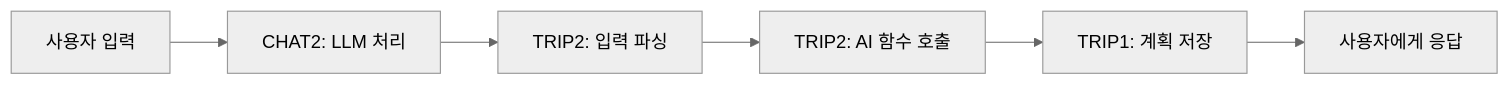
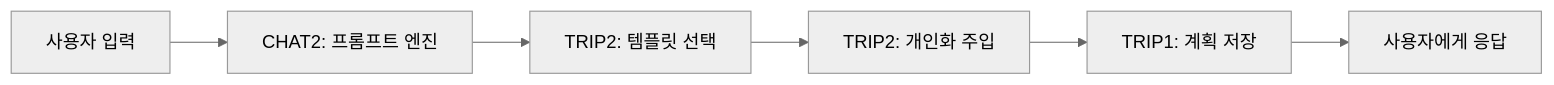
The diagram in docs/TEAM_DEVELOPMENT_PLAN.md (prgrms-aibe-devcourse/AIBE2_FinalProject_Compass_BE), drawn with Mermaid (neutral theme) before and after one commit. The commit also changed other lines of this file and 49 other files, not shown here.

````diff
--- a/docs/TEAM_DEVELOPMENT_PLAN.md
+++ b/docs/TEAM_DEVELOPMENT_PLAN.md
@@ -422,8 +422,8 @@
 ```mermaid
 graph LR
-    A[사용자 입력] --> B[CHAT2: LLM 처리]
-    B --> C[TRIP2: 입력 파싱]
-    C --> D[TRIP2: AI 함수 호출]
+    A[사용자 입력] --> B[CHAT2: 프롬프트 엔진]
+    B --> C[TRIP2: 템플릿 선택]
+    C --> D[TRIP2: 개인화 주입]
     D --> E[TRIP1: 계획 저장]
     E --> F[사용자에게 응답]
 ```
````
